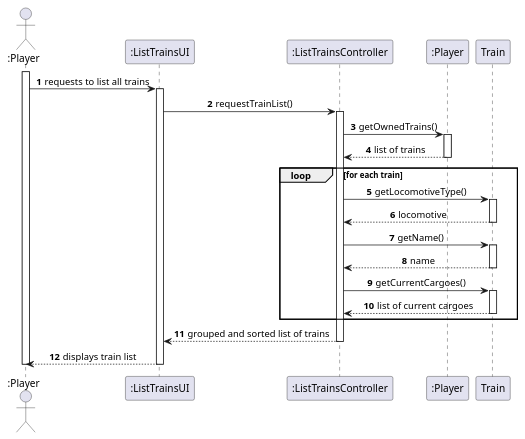
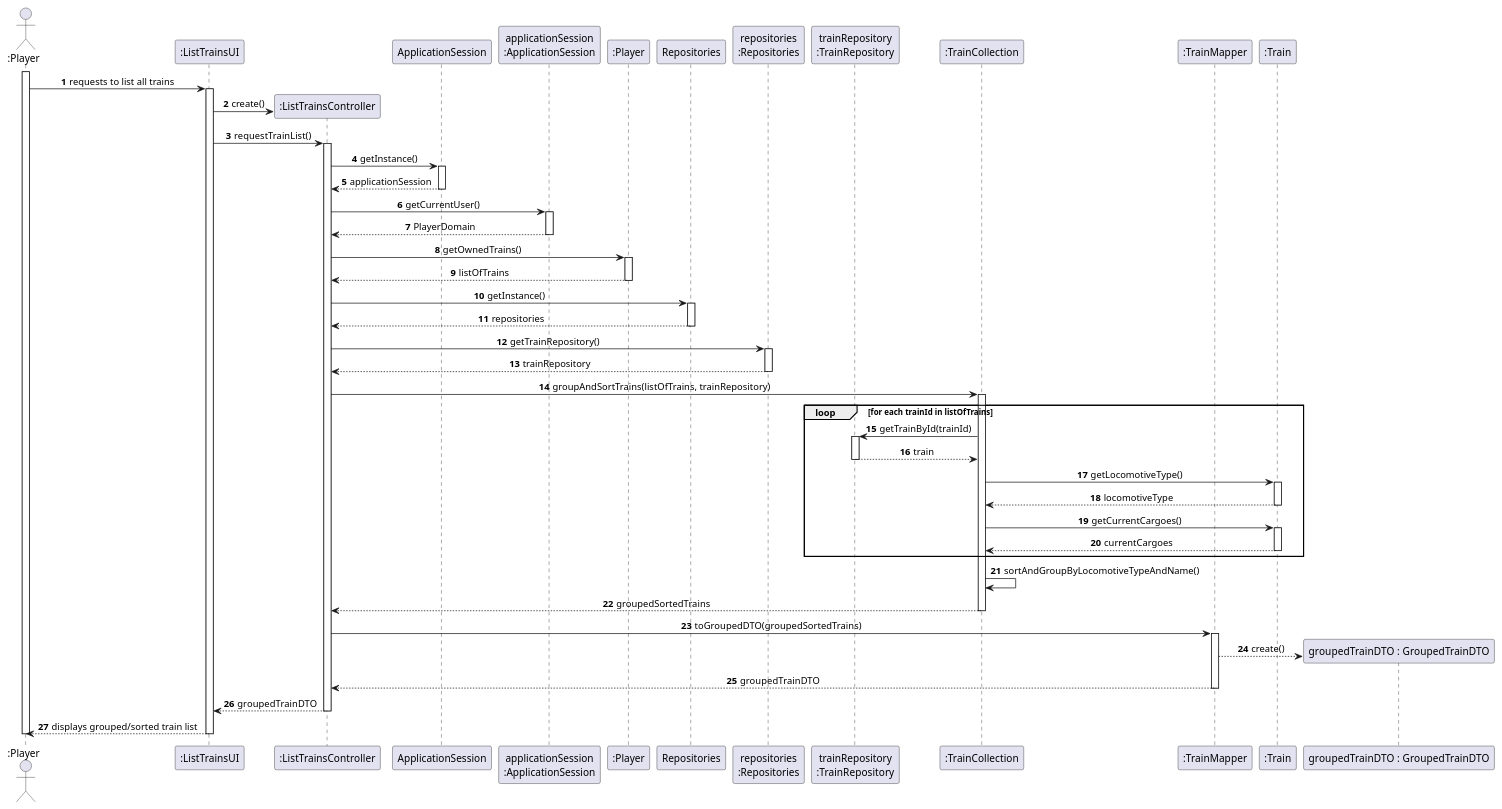
The diagram in docs/system-documentation/US011/03.design/puml/US011-SD-full.puml (1240826/empire-on-tracks), drawn with PlantUML before and after one commit. The commit also changed 3 other files, not shown here.

```diff
--- a/docs/system-documentation/US011/03.design/puml/US011-SD-full.puml
+++ b/docs/system-documentation/US011/03.design/puml/US011-SD-full.puml
@@ -1,48 +1,92 @@
 @startuml
 skinparam packageStyle rectangle
 skinparam shadowing false
 skinparam sequenceMessageAlign center
 autonumber
 
-actor ":Player" as Player
+actor ":Player" as PlayerActor
 participant ":ListTrainsUI" as UI
 participant ":ListTrainsController" as Controller
-participant ":Player" as PlayerObject
-participant "Train"
+participant "ApplicationSession" as APP_SESSION
+participant "applicationSession\n:ApplicationSession" as APP_SESSION_SINGLETON
+participant ":Player" as PlayerDomain
+participant "Repositories" as REPOS
+participant "repositories\n:Repositories" as REPOS_SINGLETON
+participant "trainRepository\n:TrainRepository" as TRAIN_REPO
+participant ":TrainCollection" as TrainCollection
+participant ":Train" as Train
+participant ":TrainMapper" as TrainMapper
 
-activate Player
-Player -> UI : requests to list all trains
-activate UI
+activate PlayerActor
+    PlayerActor -> UI : requests to list all trains
+    activate UI
 
-UI -> Controller : requestTrainList()
-activate Controller
+        UI -> Controller** : create()
+        UI -> Controller : requestTrainList()
+        activate Controller
 
-Controller -> PlayerObject : getOwnedTrains()
-activate PlayerObject
-PlayerObject --> Controller : list of trains
-deactivate PlayerObject
+            Controller -> APP_SESSION : getInstance()
+            activate APP_SESSION
+                APP_SESSION --> Controller : applicationSession
+            deactivate APP_SESSION
 
-loop for each train
-    Controller -> Train : getLocomotiveType()
-    activate Train
-    Train --> Controller : locomotive
-    deactivate Train
+            Controller -> APP_SESSION_SINGLETON : getCurrentUser()
+            activate APP_SESSION_SINGLETON
+                APP_SESSION_SINGLETON --> Controller : PlayerDomain
+            deactivate APP_SESSION_SINGLETON
 
-    Controller -> Train : getName()
-    activate Train
-    Train --> Controller : name
-    deactivate Train
+            Controller -> PlayerDomain : getOwnedTrains()
+            activate PlayerDomain
+                PlayerDomain --> Controller : listOfTrains
+            deactivate PlayerDomain
 
-    Controller -> Train : getCurrentCargoes()
-    activate Train
-    Train --> Controller : list of current cargoes
-    deactivate Train
-end
+            Controller -> REPOS : getInstance()
+            activate REPOS
+                REPOS --> Controller : repositories
+            deactivate REPOS
 
-Controller --> UI : grouped and sorted list of trains
-deactivate Controller
+            Controller -> REPOS_SINGLETON : getTrainRepository()
+            activate REPOS_SINGLETON
+                REPOS_SINGLETON --> Controller : trainRepository
+            deactivate REPOS_SINGLETON
 
-UI --> Player : displays train list
-deactivate UI
-deactivate Player
+            Controller -> TrainCollection : groupAndSortTrains(listOfTrains, trainRepository)
+            activate TrainCollection
+
+                loop for each trainId in listOfTrains
+                    TrainCollection -> TRAIN_REPO : getTrainById(trainId)
+                    activate TRAIN_REPO
+                        TRAIN_REPO --> TrainCollection : train
+                    deactivate TRAIN_REPO
+
+                    create ":Train" as Train
+                    TrainCollection -> Train : getLocomotiveType()
+                    activate Train
+                        Train --> TrainCollection : locomotiveType
+                    deactivate Train
+
+                    TrainCollection -> Train : getCurrentCargoes()
+                    activate Train
+                        Train --> TrainCollection : currentCargoes
+                    deactivate Train
+                end
+
+                TrainCollection -> TrainCollection : sortAndGroupByLocomotiveTypeAndName()
+                TrainCollection --> Controller : groupedSortedTrains
+            deactivate TrainCollection
+
+            Controller -> TrainMapper : toGroupedDTO(groupedSortedTrains)
+            activate TrainMapper
+
+                create "groupedTrainDTO : GroupedTrainDTO" as GroupedDTO
+                TrainMapper --> GroupedDTO : create()
+                TrainMapper --> Controller : groupedTrainDTO
+            deactivate TrainMapper
+
+            Controller --> UI : groupedTrainDTO
+        deactivate Controller
+
+        UI --> PlayerActor : displays grouped/sorted train list
+    deactivate UI
+deactivate PlayerActor
 @enduml
```
